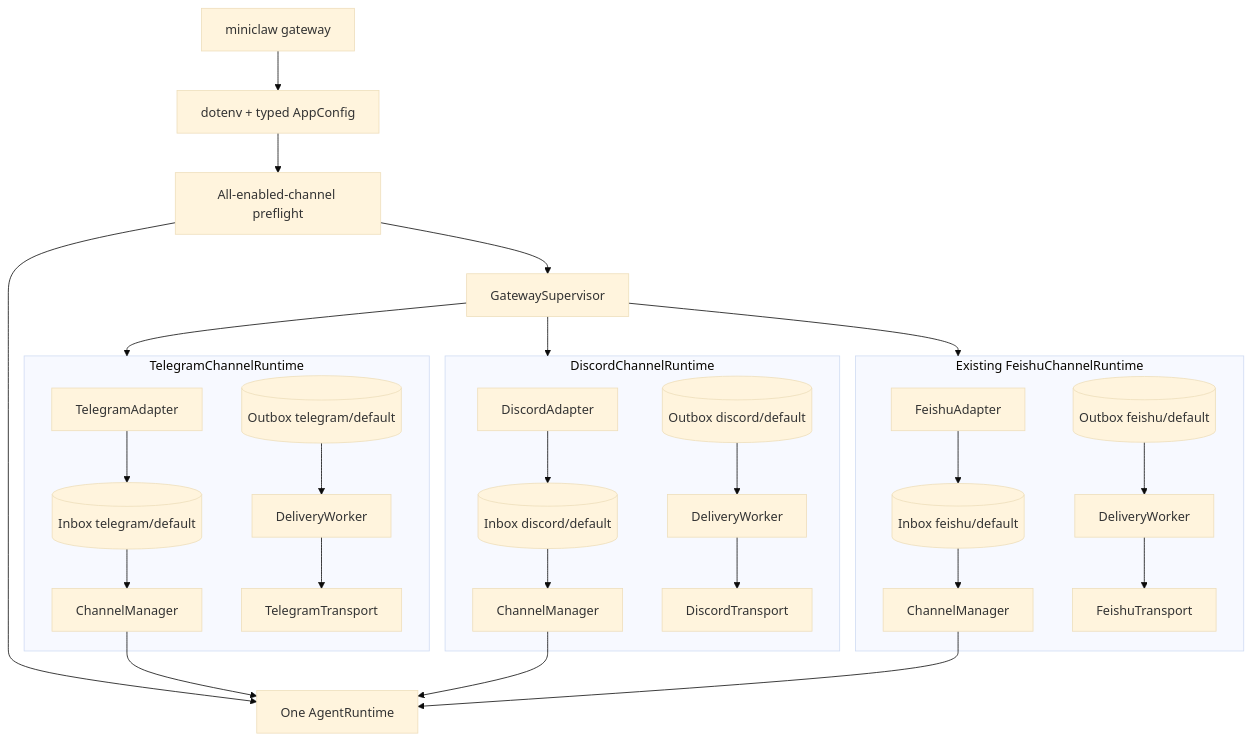
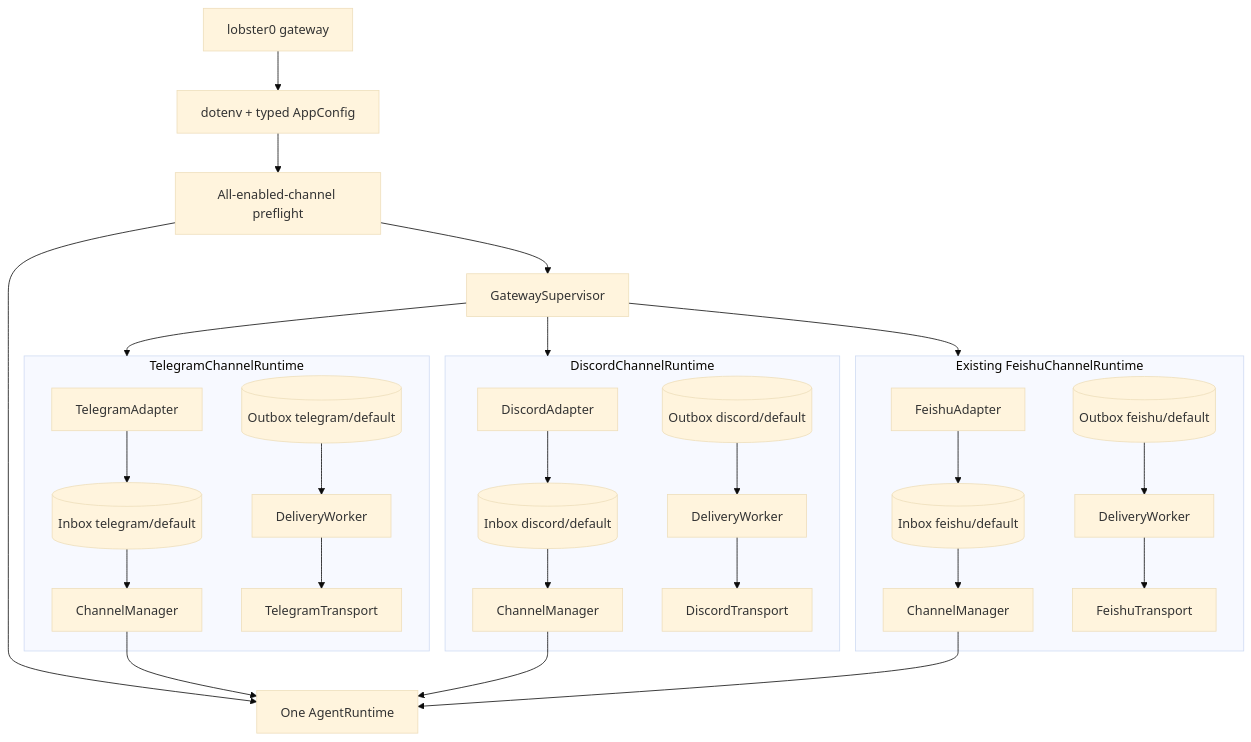
The second of 5 diagrams in docs/superpowers/specs/2026-08-08-phase-5-telegram-discord-design.md (NEDONION/lobster0), drawn with Mermaid (base theme) before and after one commit. The commit also changed other lines of this file and 221 other files, not shown here.

````diff
--- a/docs/superpowers/specs/2026-08-08-phase-5-telegram-discord-design.md
+++ b/docs/superpowers/specs/2026-08-08-phase-5-telegram-discord-design.md
@@ -155,38 +155,38 @@
 ```mermaid
 flowchart TB
-    CLI["miniclaw gateway"] --> ENV["dotenv + typed AppConfig"]
+    CLI["lobster0 gateway"] --> ENV["dotenv + typed AppConfig"]
     ENV --> PRE["All-enabled-channel preflight"]
     PRE --> R["One AgentRuntime"]
     PRE --> S["GatewaySupervisor"]
 
     subgraph TG["TelegramChannelRuntime"]
         TA["TelegramAdapter"] --> TI[("Inbox telegram/default")]
         TI --> TM["ChannelManager"]
         TO[("Outbox telegram/default")] --> TD["DeliveryWorker"]
         TT["TelegramTransport"]
     end
 
     subgraph DC["DiscordChannelRuntime"]
         DA["DiscordAdapter"] --> DI[("Inbox discord/default")]
         DI --> DM["ChannelManager"]
         DO[("Outbox discord/default")] --> DD["DeliveryWorker"]
         DT["DiscordTransport"]
     end
 
     subgraph FS["Existing FeishuChannelRuntime"]
         FA["FeishuAdapter"] --> FI[("Inbox feishu/default")]
         FI --> FM["ChannelManager"]
         FO[("Outbox feishu/default")] --> FD["DeliveryWorker"]
         FT["FeishuTransport"]
     end
 
     S --> TG
     S --> DC
     S --> FS
     TM --> R
     DM --> R
     FM --> R
     TD --> TT
     DD --> DT
     FD --> FT
 ```
````
